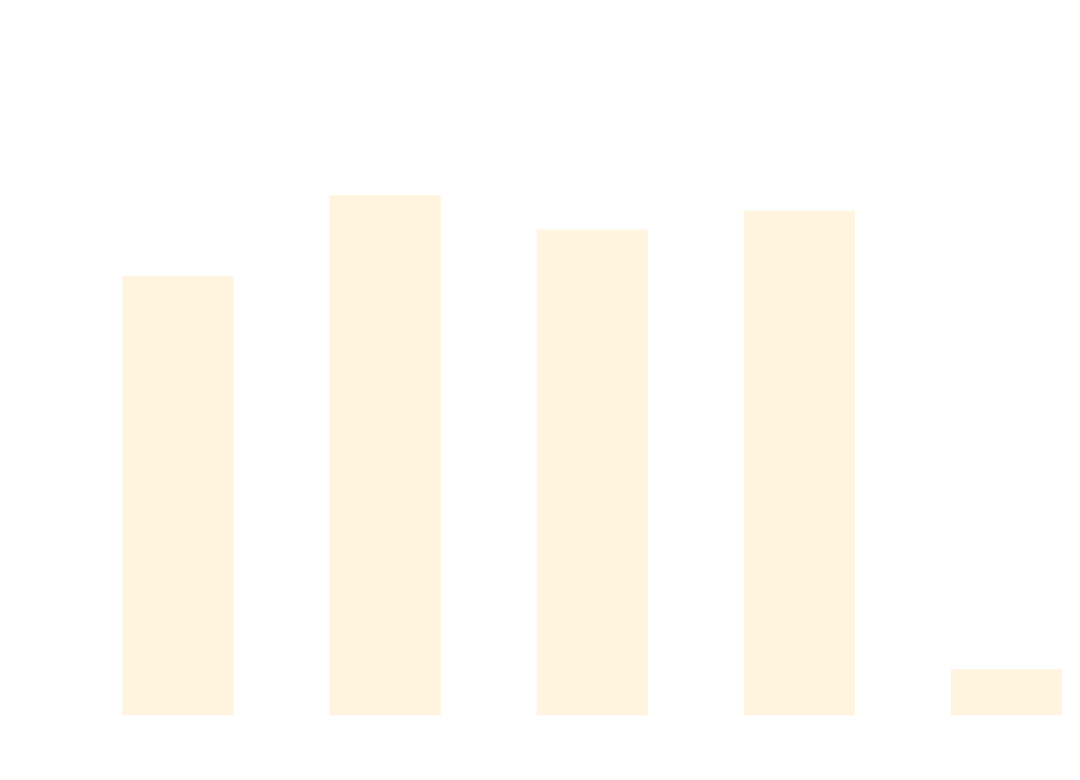
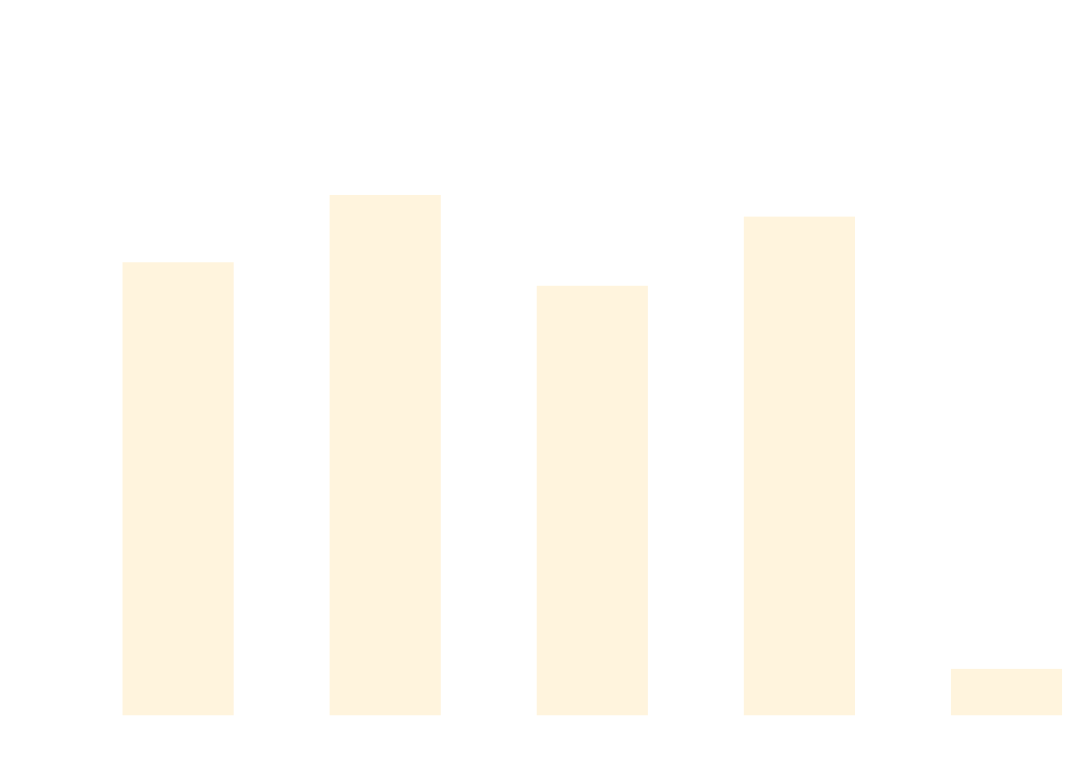
Before and after one commit to thomhurst/TUnit: the diagram in docs/docs/benchmarks/ScaleTests.md, drawn with Mermaid. The commit also changed other lines of this file and 17 other files, not shown here.

````diff
--- a/docs/docs/benchmarks/ScaleTests.md
+++ b/docs/docs/benchmarks/ScaleTests.md
@@ -27,37 +27,37 @@
 ```mermaid
 %%{init: {
   'theme':'base',
   'themeVariables': {
     'primaryColor': '#2563eb',
     'primaryTextColor': '#ffffff',
     'primaryBorderColor': '#1e40af',
     'lineColor': '#6b7280',
     'secondaryColor': '#7c3aed',
     'tertiaryColor': '#dc2626',
     'background': '#ffffff',
     'mainBkg': '#2563eb',
     'secondBkg': '#7c3aed',
     'tertiaryBkg': '#dc2626',
     'clusterBkg': '#f3f4f6',
     'edgeLabelBackground': '#ffffff',
     'tertiaryTextColor': '#1f2937',
     'pie1': '#2563eb',
     'pie2': '#7c3aed',
     'pie3': '#dc2626',
     'pie4': '#f59e0b',
     'pie5': '#10b981',
     'pie6': '#06b6d4',
     'pie7': '#ec4899',
     'pie8': '#6366f1',
     'pie9': '#84cc16',
     'pie10': '#f97316',
     'pie11': '#14b8a6',
     'pie12': '#a855f7'
   }
 }}%%
 xychart-beta
   title "ScaleTests Performance Comparison"
   x-axis ["TUnit", "NUnit", "MSTest", "xUnit3", "TUnit_AOT"]
-  y-axis "Time (ms)" 0 --> 738
-  bar [516.62, 614.31, 572.94, 595.92, 41.25]
+  y-axis "Time (ms)" 0 --> 720
+  bar [520.37, 599.74, 492.67, 574.22, 40.84]
 ```
````
